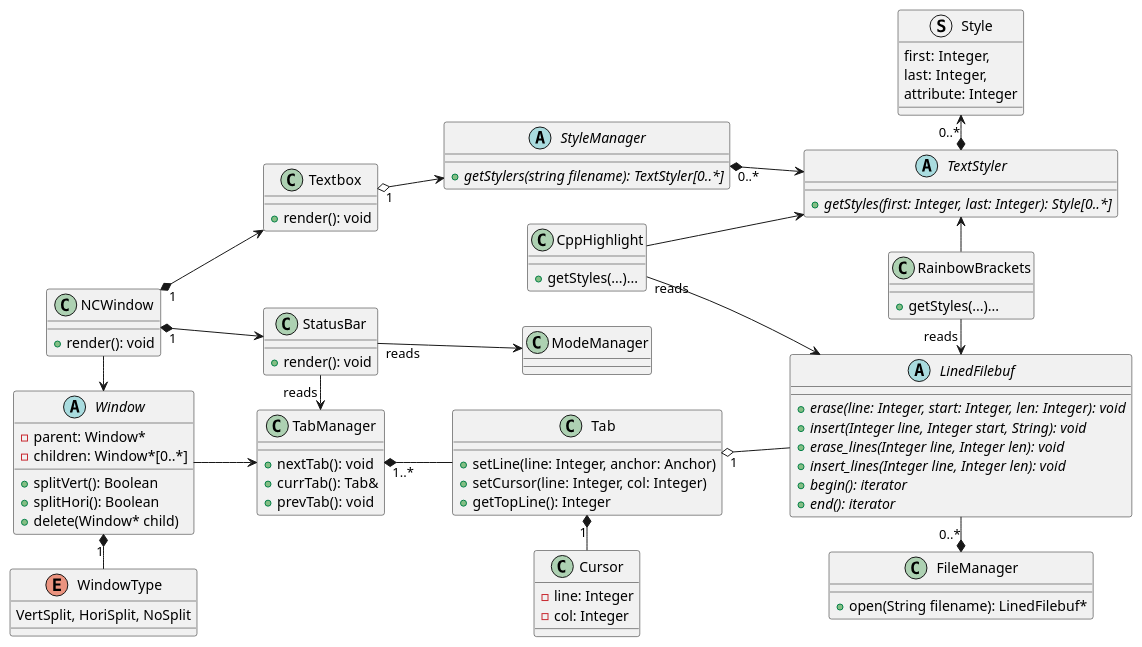
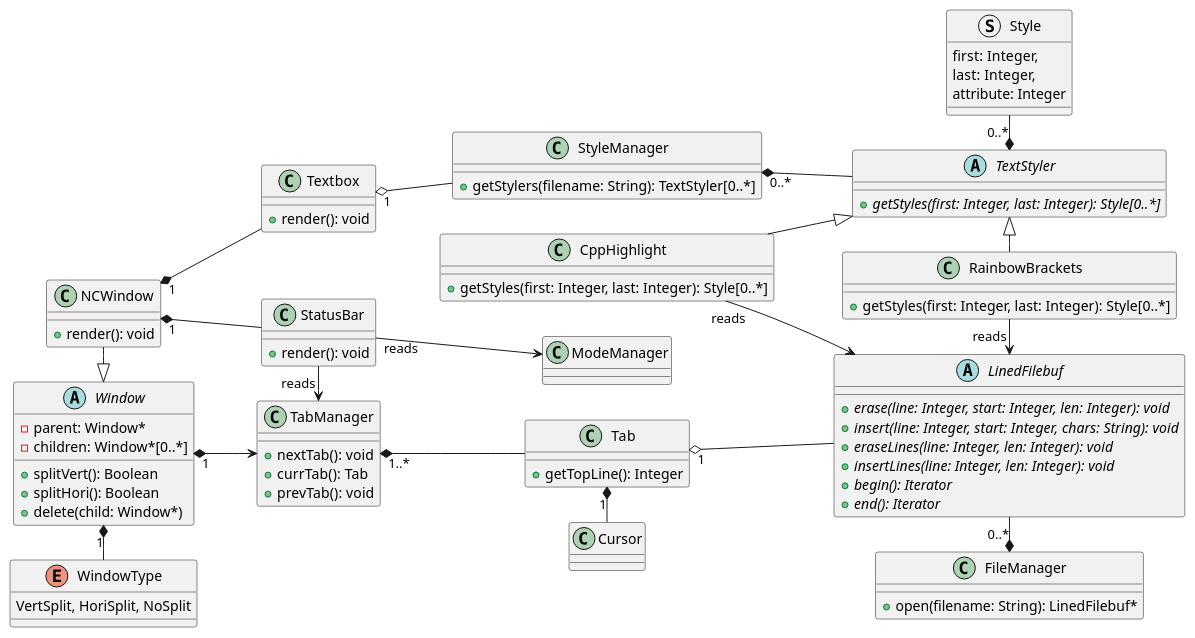
One commit to raywang999/VM changed the fourth of 5 diagrams in uml.md. Above: the diagram before and after it, drawn with PlantUML. The commit also changed other lines of this file, not shown here.

Commit message:
update uml

````diff
--- a/uml.md
+++ b/uml.md
@@ -156,29 +160,23 @@
 ```plantuml
 left to right direction
 abstract LinedFilebuf{}
-class Cursor{
-  -line: Integer
-  -col: Integer
-}
 class TabManager {
   +nextTab(): void
-  +currTab(): Tab&
+  +currTab(): Tab
   +prevTab(): void
 }
-Window --> TabManager
+Window "1" *--> TabManager
 abstract Window{
   -parent: Window*
   -children: Window*[0..*]
   +splitVert(): Boolean
   +splitHori(): Boolean
-  +delete(Window* child)
+  +delete(child: Window*)
 }
 enum WindowType{
   VertSplit, HoriSplit, NoSplit
 }
 class Tab{
-  +setLine(line: Integer, anchor: Anchor) 
-  +setCursor(line: Integer, col: Integer)
   +getTopLine(): Integer
 }
 Tab "1" o-- LinedFilebuf
@@ -188,20 +186,20 @@
 class NCWindow{
   +render(): void
 }
-NCWindow -> Window
-NCWindow "1" *--> Textbox
-Textbox "1" o--> StyleManager
+NCWindow -|> Window
+NCWindow "1" *-- Textbox
+Textbox "1" o-- StyleManager
 class Textbox{
   +render(): void
 }
 abstract TextStyler{
   {abstract}+getStyles(first: Integer, last: Integer): Style[0..*]
 }
-abstract StyleManager{
-  {abstract}+getStylers(string filename): TextStyler[0..*]
+class StyleManager{
+  +getStylers(filename: String): TextStyler[0..*]
 }
-StyleManager "0..*" *--> TextStyler
-NCWindow "1" *--> StatusBar
+StyleManager "0..*" *-- TextStyler
+NCWindow "1" *-- StatusBar
 class StatusBar{
   +render(): void
 }
@@ -211,28 +209,28 @@
   attribute: Integer
 }
 class RainbowBrackets {
-  +getStyles(...)...
+  +getStyles(first: Integer, last: Integer): Style[0..*]
 }
 class CppHighlight {
-  +getStyles(...)...
+  +getStyles(first: Integer, last: Integer): Style[0..*]
 }
-CppHighlight --> TextStyler 
+CppHighlight --|> TextStyler 
 RainbowBrackets "reads" -> LinedFilebuf
 CppHighlight "reads" -> LinedFilebuf
-TextStyler <- RainbowBrackets 
-Style "0..*"<-* TextStyler 
+TextStyler <|- RainbowBrackets 
+Style "0..*"-* TextStyler 
 abstract class LinedFilebuf{
   {abstract}+erase(line: Integer, start: Integer, len: Integer): void
-  {abstract}+insert(Integer line, Integer start, String): void
-  {abstract}+erase_lines(Integer line, Integer len): void
-  {abstract}+insert_lines(Integer line, Integer len): void
-  {abstract}+begin(): iterator
-  {abstract}+end(): iterator
+  {abstract}+insert(line: Integer, start: Integer, chars: String): void
+  {abstract}+eraseLines(line: Integer, len: Integer): void
+  {abstract}+insertLines(line: Integer, len: Integer): void
+  {abstract}+begin(): Iterator
+  {abstract}+end(): Iterator
 }
 StatusBar "reads" --> ModeManager
 StatusBar "reads" -> TabManager
 class FileManager{
-  +open(String filename): LinedFilebuf* 
+  +open(filename: String): LinedFilebuf* 
 }
 LinedFilebuf "0..*" -* FileManager 
 ```
````
